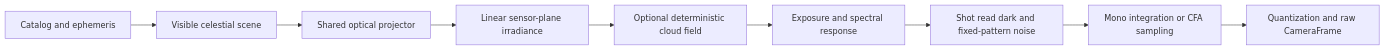
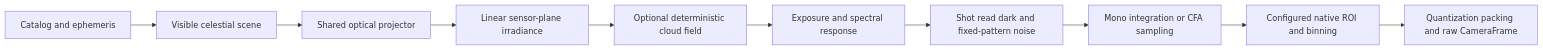
Before and after one commit to HualapaiValley/HVO.SkyMonitor: the diagram in docs/virtual-camera.md, drawn with Mermaid. The commit also changed other lines of this file and 7 other files, not shown here.

````diff
--- a/docs/virtual-camera.md
+++ b/docs/virtual-camera.md
@@ -93,11 +98,12 @@
 ```mermaid
 flowchart LR
     A[Catalog and ephemeris] --> B[Visible celestial scene]
     B --> C[Shared optical projector]
     C --> D[Linear sensor-plane irradiance]
     D --> CD[Optional deterministic cloud field]
     CD --> E[Exposure and spectral response]
     E --> F[Shot read dark and fixed-pattern noise]
     F --> G[Mono integration or CFA sampling]
-    G --> H[Quantization and raw CameraFrame]
+    G --> R[Configured native ROI and binning]
+    R --> H[Quantization packing and raw CameraFrame]
 ```
````
